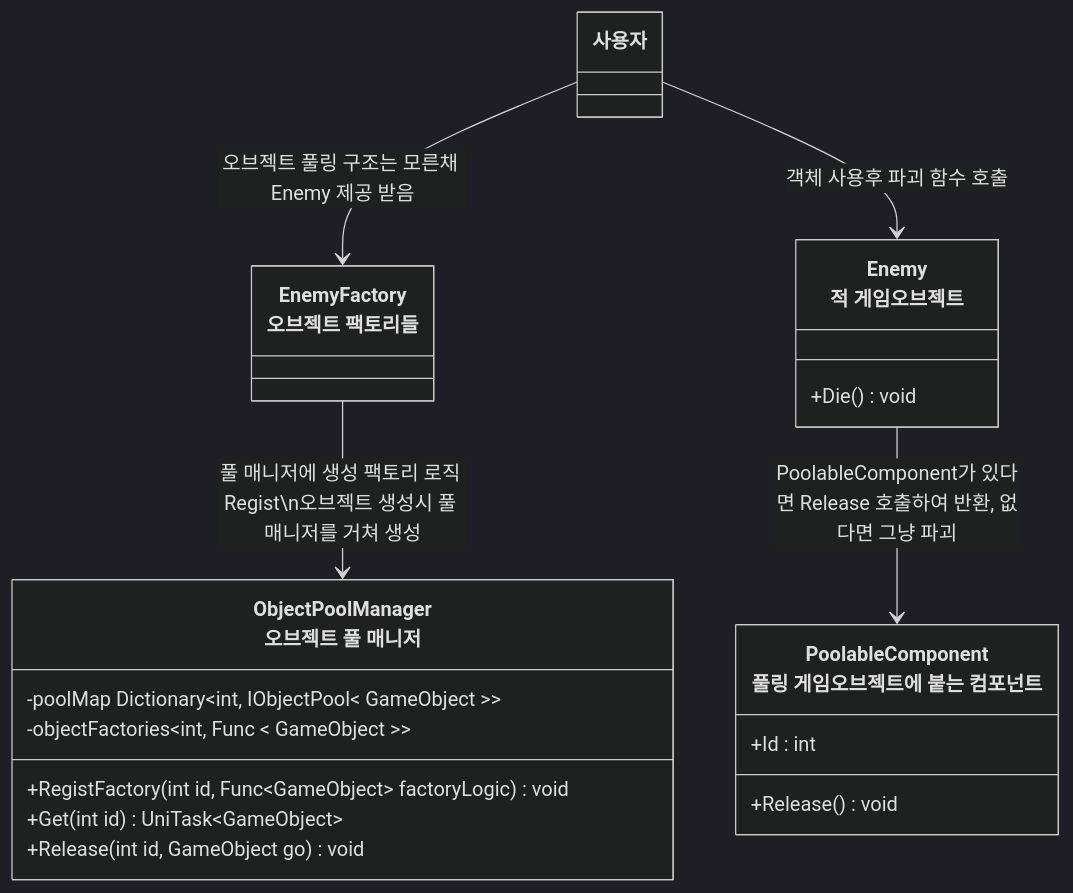
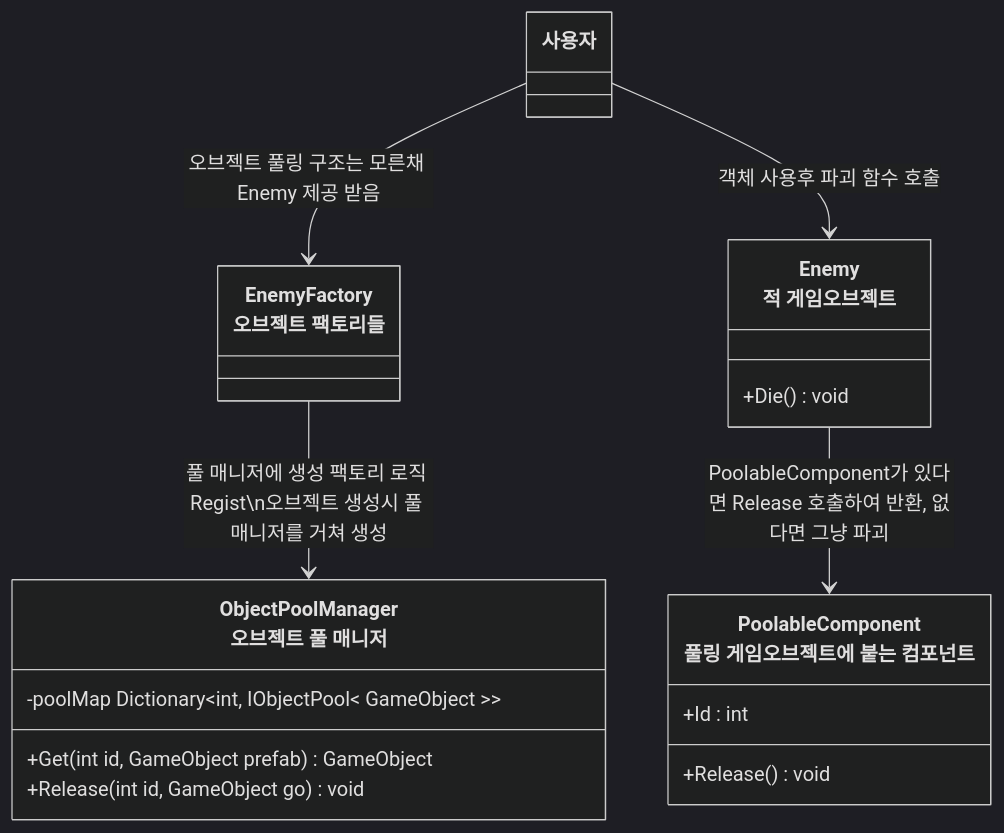
Before and after one commit to JIN5EOK/DungeonShooter: the diagram in README/오브젝트_풀링_설계.md, drawn with Mermaid (dark theme). The commit also changed other lines of this file, not shown here.

````diff
--- a/README/오브젝트_풀링_설계.md
+++ b/README/오브젝트_풀링_설계.md
@@ -9,29 +9,27 @@
 ```mermaid
 classDiagram
     class ObjectPoolManager["ObjectPoolManager<br>오브젝트 풀 매니저"]{
         -poolMap Dictionary~int, IObjectPool< GameObject >~
-        -objectFactories~int, Func < GameObject >~
-        +RegistFactory(int id, Func~GameObject~ factoryLogic) void
-        +Get(int id) UniTask~GameObject~
+        +Get(int id, GameObject prefab) GameObject
         +Release(int id, GameObject go) void
     }
     
     class EnemyFactory["EnemyFactory<br>오브젝트 팩토리들"]{
         
     }
     
     class PoolableComponent["PoolableComponent<br>풀링 게임오브젝트에 붙는 컴포넌트"]{
         +Id : int
         +Release() void
     }
     
     class Enemy["Enemy<br>적 게임오브젝트"]{
         +Die() void
     }
     
     EnemyFactory --> ObjectPoolManager : 풀 매니저에 생성 팩토리 로직 Regist\n오브젝트 생성시 풀 매니저를 거쳐 생성
     사용자 --> EnemyFactory : 오브젝트 풀링 구조는 모른채 Enemy 제공 받음
     사용자 --> Enemy : 객체 사용후 파괴 함수 호출
     
     Enemy --> PoolableComponent : PoolableComponent가 있다면 Release 호출하여 반환, 없다면 그냥 파괴
 ```
````
